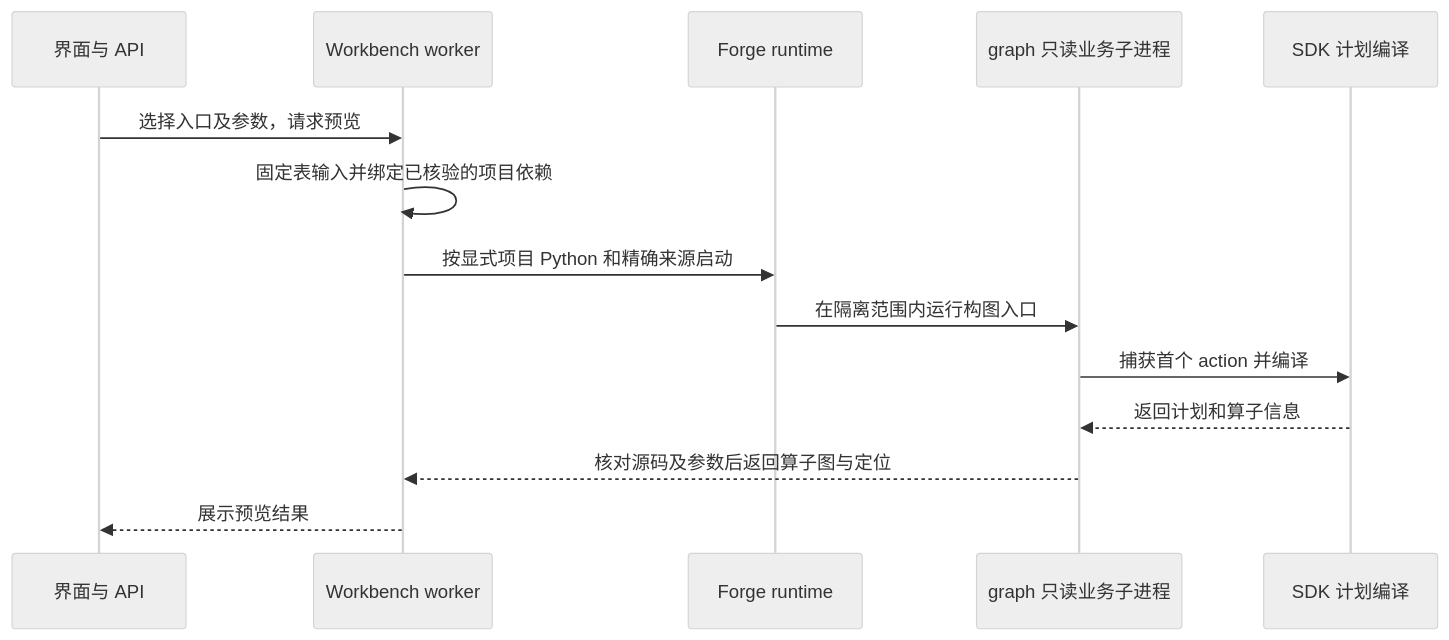
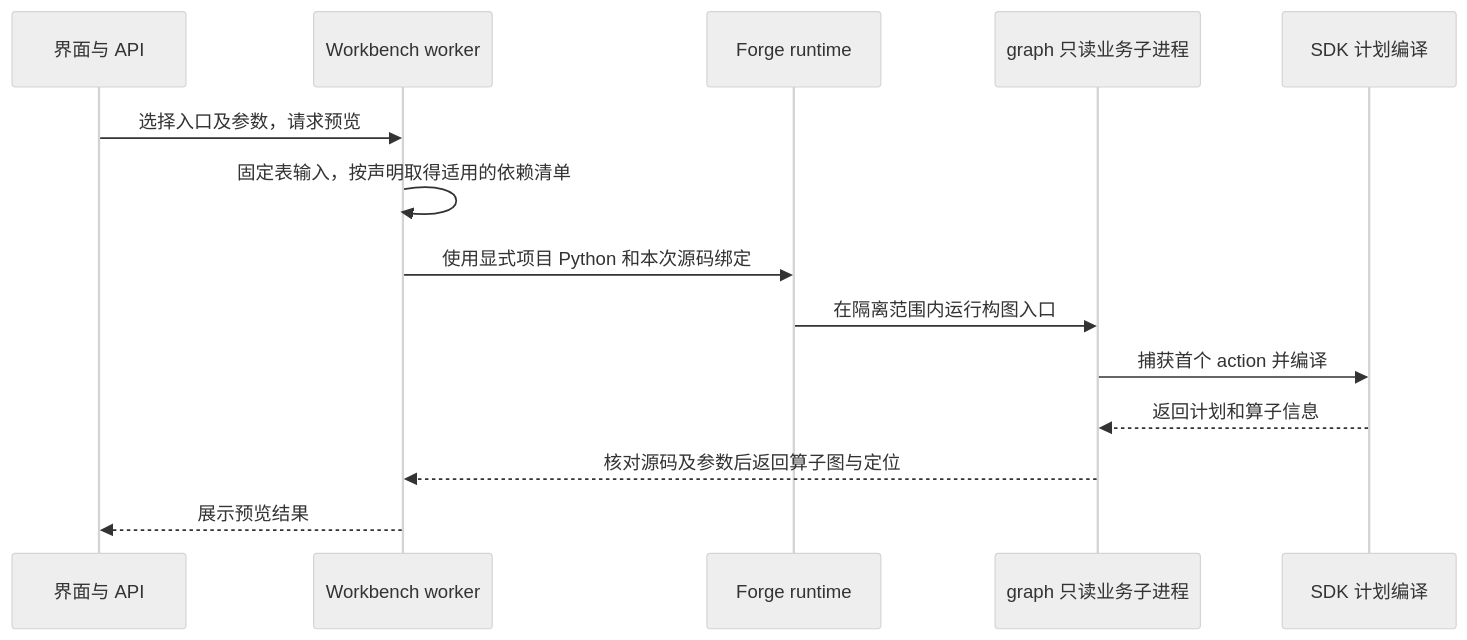
Before and after one commit to vincent9299/demiflow: the eighth of 14 diagrams in docs/demiflow-architecture.md, drawn with Mermaid (neutral theme). The commit also changed other lines of this file, not shown here.

Commit message:
Bind every business Python launch to the project runtime contract

````diff
--- a/docs/demiflow-architecture.md
+++ b/docs/demiflow-architecture.md
@@ -287,16 +287,16 @@
 ```mermaid
 sequenceDiagram
     participant U as 界面与 API
     participant W as Workbench worker
     participant R as Forge runtime
     participant G as graph 只读业务子进程
     participant E as SDK 计划编译
     U->>W: 选择入口及参数，请求预览
-    W->>W: 固定表输入并绑定已核验的项目依赖
-    W->>R: 按显式项目 Python 和精确来源启动
+    W->>W: 固定表输入，按声明取得适用的依赖清单
+    W->>R: 使用显式项目 Python 和本次源码绑定
     R->>G: 在隔离范围内运行构图入口
     G->>E: 捕获首个 action 并编译
     E-->>G: 返回计划和算子信息
     G-->>W: 核对源码及参数后返回算子图与定位
     W-->>U: 展示预览结果
 ```
````
